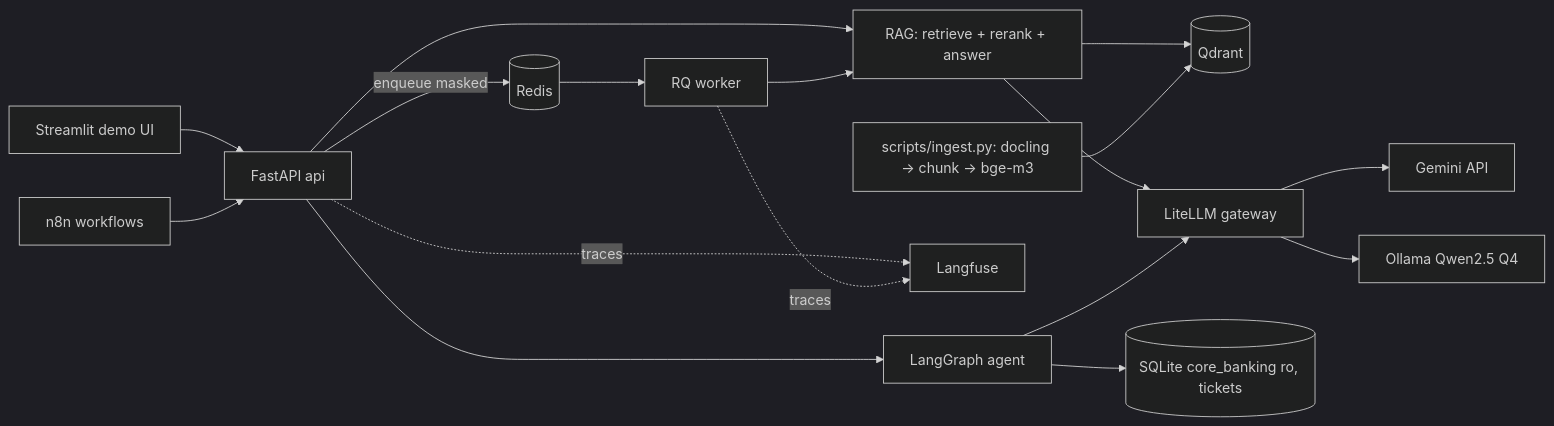
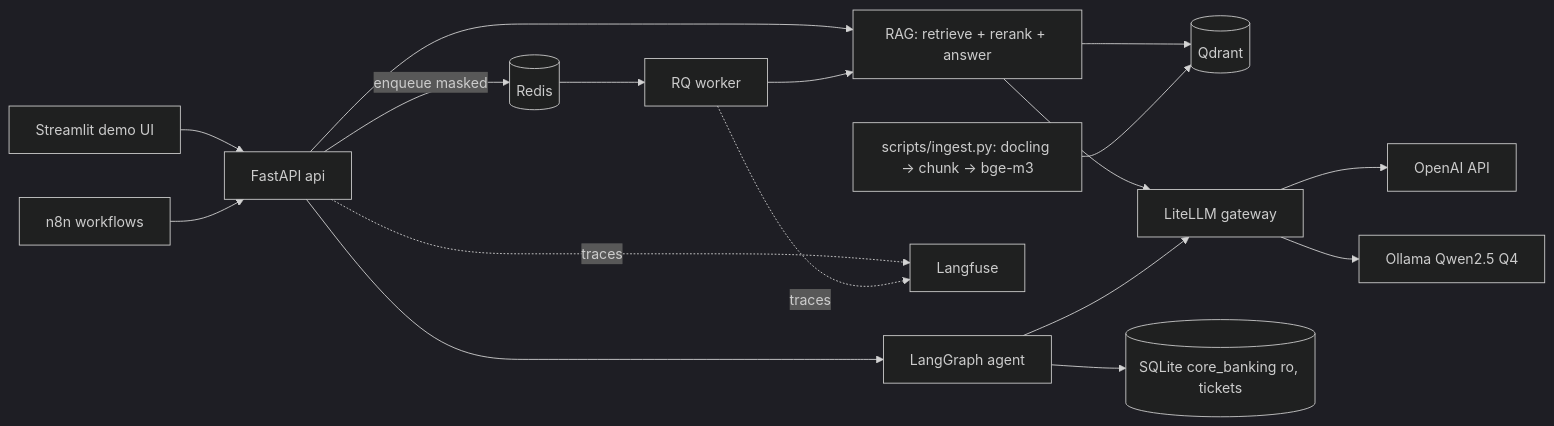
One commit to T1xNTH/bank-assistant changed the diagram in docs/02-architecture/architecture.md. Above: the diagram before and after it, drawn with Mermaid (dark theme). The commit also changed other lines of this file and 30 other files, not shown here.

````diff
--- a/docs/02-architecture/architecture.md
+++ b/docs/02-architecture/architecture.md
@@ -24,19 +24,19 @@
 ```mermaid
 flowchart LR
   UI[Streamlit demo UI] --> API
   N8N[n8n workflows] --> API
   API[FastAPI api] -->|enqueue masked| REDIS[(Redis)]
   REDIS --> WORKER[RQ worker]
   API --> RAG[RAG: retrieve + rerank + answer]
   WORKER --> RAG
   RAG --> QDRANT[(Qdrant)]
   RAG --> GW[LiteLLM gateway]
   API --> AGENT[LangGraph agent]
   AGENT --> GW
   AGENT --> SQLITE[(SQLite core_banking ro, tickets)]
-  GW --> GEMINI[Gemini API]
+  GW --> OPENAI[OpenAI API]
   GW --> OLLAMA[Ollama Qwen2.5 Q4]
   API -.traces.-> LF[Langfuse]
   WORKER -.traces.-> LF
   INGEST[scripts/ingest.py: docling → chunk → bge-m3] --> QDRANT
 ```
````
